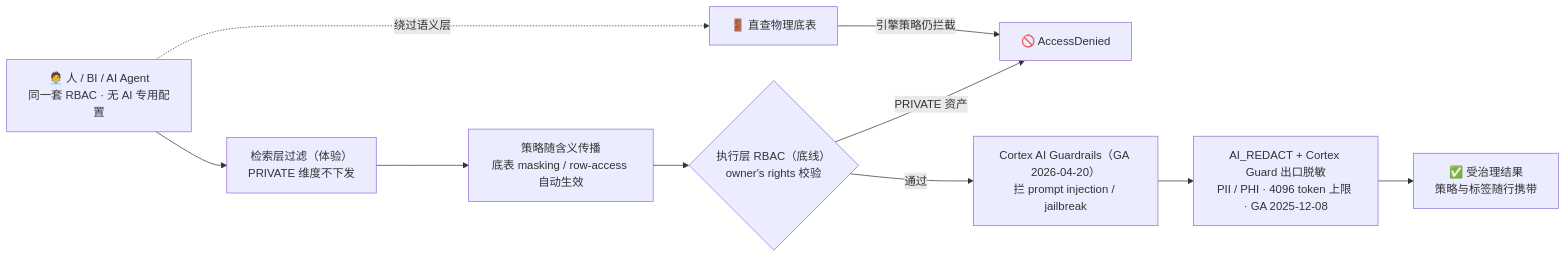
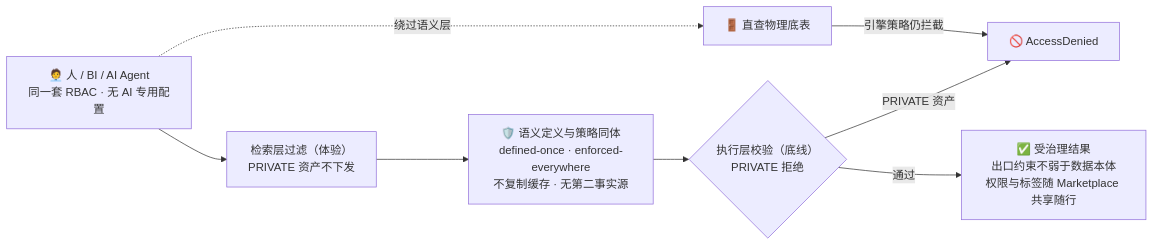
One commit to ThreeFish-AI/negentropy changed the diagram in docs/assets/mermaid/cognitive-context/horizon-context--engine-governance.mmd. Above: the diagram before and after it, drawn with Mermaid. The commit also changed 49 other files, not shown here.

First line of the commit message:
docs(horizon-context): M 集全局重评选校准——治理族四席晋级、VQR/血缘/Agent Identity 升格、富化/检索/互操作降级专章 (#1149)

```diff
--- a/docs/assets/mermaid/cognitive-context/horizon-context--engine-governance.mmd
+++ b/docs/assets/mermaid/cognitive-context/horizon-context--engine-governance.mmd
@@ -1,15 +1,13 @@
-%%source: docs/research/cognitive-context/011-horizon-context.md#blockM3 (L283-L292, §5 M3 · 引擎原生治理)
+%%source: docs/research/cognitive-context/011-horizon-context.md#blockM3 (L301-L329, §5 M3 · 语义级治理执行)
 %%slug: cognitive-context/horizon-context--engine-governance
 %%type: workflow
 %%derived: archify workflow v2, authored from source mermaid
-%% fix: (2026-09-15 校准) ① RED 节点补「Cortex Guard」指称（正文 M3：PII/PHI 实时脱敏是 AI_REDACT 与 Cortex Guard 的职责，两指称须分开）；② GRD/RED 补 GA 日期（正文阶段二）；③ %%source 行号更新为 L283-L292
+%% fix: (2026-09-17 重评选) 原 M3 一拆为三后的拓扑面：① 出口安检（Guardrails/AI_REDACT）节点移出（降为 §12 小节，另见姊妹图 open-interop）；② 中心节点改为「语义定义与策略同体」拓扑（defined-once-enforced-everywhere · 不复制缓存）；③ 行列级策略执行细节归 M2 姊妹图 row-column-policy；④ %%source 重锚 L297-L325
 flowchart LR
-    CAL["🧑‍💼 人 / BI / AI Agent<br/>同一套 RBAC · 无 AI 专用配置"] --> FLT["检索层过滤（体验）<br/>PRIVATE 维度不下发"]
+    CAL["🧑‍💼 人 / BI / AI Agent<br/>同一套 RBAC · 无 AI 专用配置"] --> FLT["检索层过滤（体验）<br/>PRIVATE 资产不下发"]
     CAL -.->|"绕过语义层"| BYP["🚪 直查物理底表"]
-    FLT --> POL["策略随含义传播<br/>底表 masking / row-access 自动生效"]
-    POL --> RB{"执行层 RBAC（底线）<br/>owner's rights 校验"}
+    FLT --> DEF["🛡️ 语义定义与策略同体<br/>defined-once · enforced-everywhere<br/>不复制缓存 · 无第二事实源"]
+    DEF --> RB{"执行层校验（底线）<br/>PRIVATE 拒绝"}
     RB -->|"PRIVATE 资产"| AX["🚫 AccessDenied"]
     BYP -->|"引擎策略仍拦截"| AX
-    RB -->|"通过"| GRD["Cortex AI Guardrails（GA 2026-04-20）<br/>拦 prompt injection / jailbreak"]
-    GRD --> RED["AI_REDACT + Cortex Guard 出口脱敏<br/>PII / PHI · 4096 token 上限 · GA 2025-12-08"]
-    RED --> OUT["✅ 受治理结果<br/>策略与标签随行携带"]
+    RB -->|"通过"| OUT["✅ 受治理结果<br/>出口约束不弱于数据本体<br/>权限与标签随 Marketplace 共享随行"]
```
